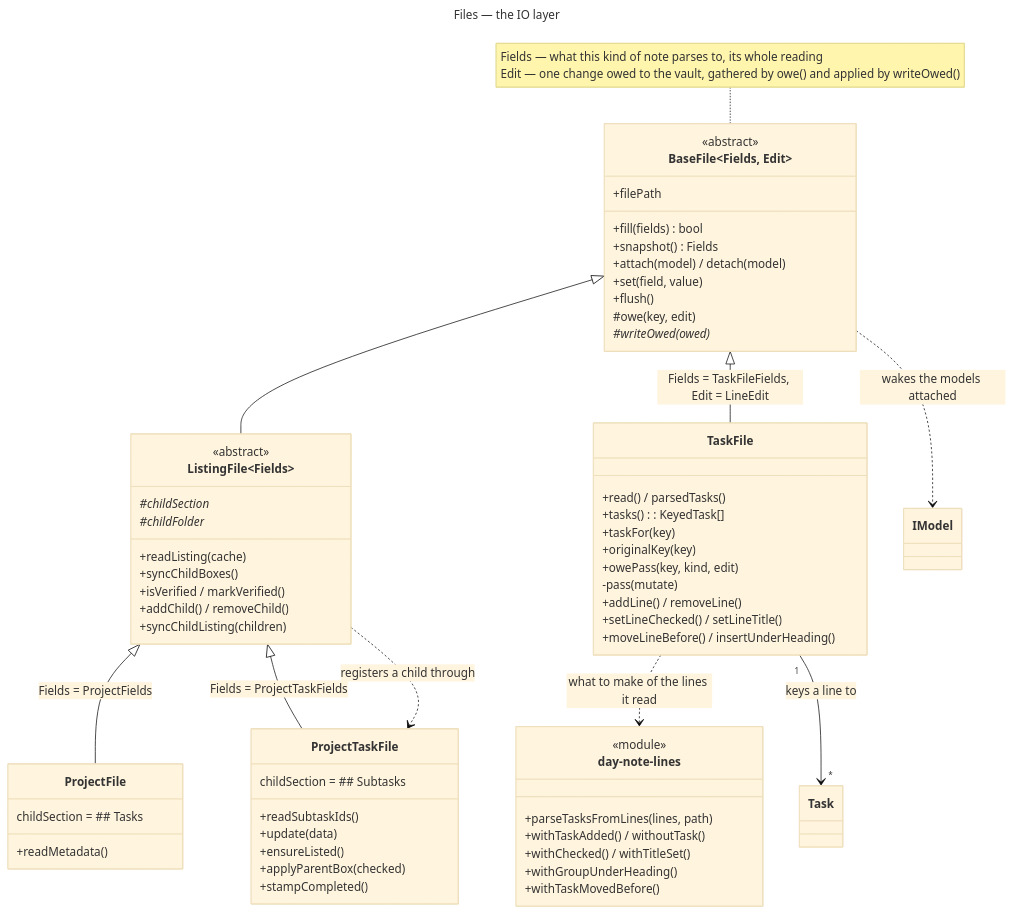
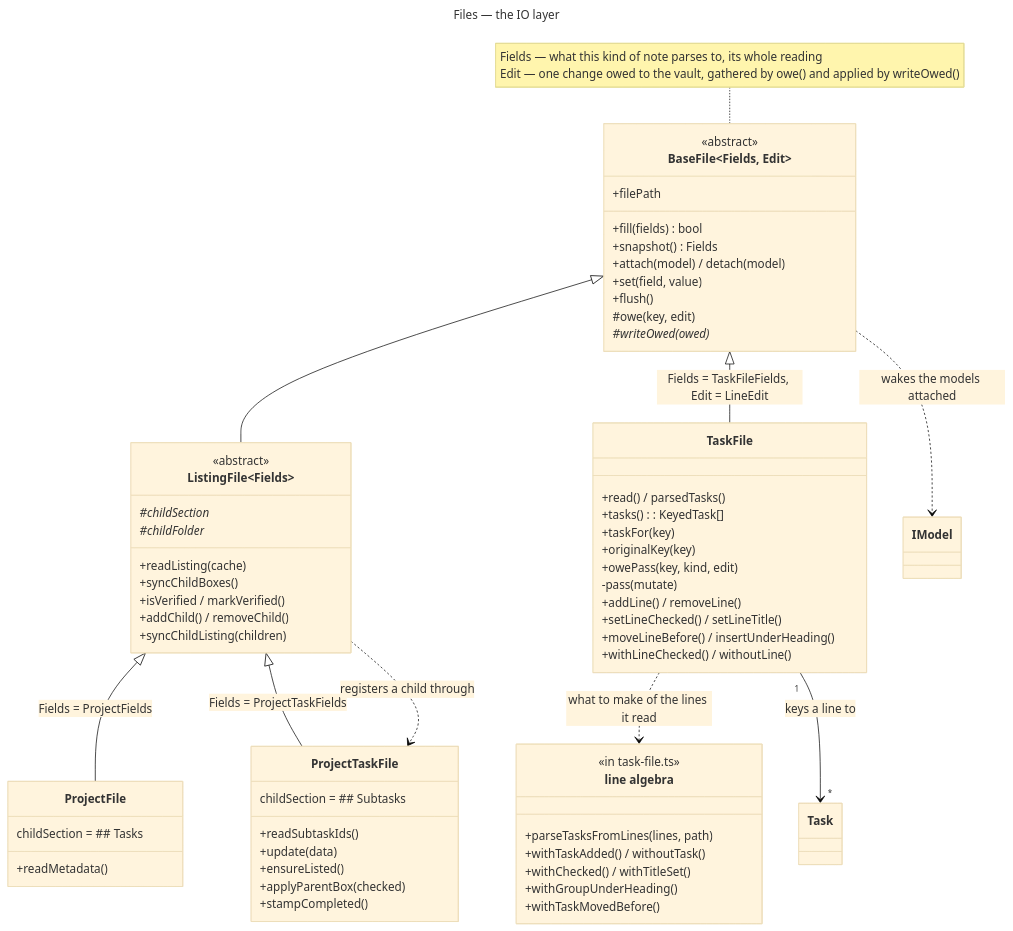
The diagram in docs/technical/diagrams/files.mmd (Laurent-Ferier/pm-compass), drawn with Mermaid (base theme) before and after one commit. The commit also changed 24 other files, not shown here.

```diff
--- a/docs/technical/diagrams/files.mmd
+++ b/docs/technical/diagrams/files.mmd
@@ -1,75 +1,76 @@
 ---
 title: Files — the IO layer
 ---
 classDiagram
   direction TB
 
   class BaseFile~Fields, Edit~ {
     <<abstract>>
     +filePath
     +fill(fields) bool
     +snapshot() Fields
     +attach(model) / detach(model)
     +set(field, value)
     +flush()
     #owe(key, edit)
     #writeOwed(owed)*
   }
 
   class ListingFile~Fields~ {
     <<abstract>>
     +readListing(cache)
     +syncChildBoxes()
     +isVerified / markVerified()
     +addChild() / removeChild()
     +syncChildListing(children)
     #childSection*
     #childFolder*
   }
 
   class ProjectFile {
     +readMetadata()
     childSection = ## Tasks
   }
 
   class ProjectTaskFile {
     +readSubtaskIds()
     +update(data)
     +ensureListed()
     +applyParentBox(checked)
     +stampCompleted()
     childSection = ## Subtasks
   }
 
   class TaskFile {
     +read() / parsedTasks()
     +tasks(): KeyedTask[]
     +taskFor(key)
     +originalKey(key)
     +owePass(key, kind, edit)
     -pass(mutate)
     +addLine() / removeLine()
     +setLineChecked() / setLineTitle()
     +moveLineBefore() / insertUnderHeading()
+    +withLineChecked() / withoutLine()
   }
 
-  class dayNoteLines["day-note-lines"] {
-    <<module>>
+  class lineAlgebra["line algebra"] {
+    <<in task-file.ts>>
     +parseTasksFromLines(lines, path)
     +withTaskAdded() / withoutTask()
     +withChecked() / withTitleSet()
     +withGroupUnderHeading()
     +withTaskMovedBefore()
   }
 
   note for BaseFile "Fields — what this kind of note parses to, its whole reading<br/>Edit — one change owed to the vault, gathered by owe() and applied by writeOwed()"
 
   BaseFile <|-- ListingFile
   BaseFile <|-- TaskFile : Fields = TaskFileFields, Edit = LineEdit
   ListingFile <|-- ProjectFile : Fields = ProjectFields
   ListingFile <|-- ProjectTaskFile : Fields = ProjectTaskFields
 
   BaseFile ..> IModel : wakes the models attached
   ListingFile ..> ProjectTaskFile : registers a child through
-  TaskFile ..> dayNoteLines : what to make of the lines it read
+  TaskFile ..> lineAlgebra : what to make of the lines it read
   TaskFile "1" --> "*" Task : keys a line to
```
